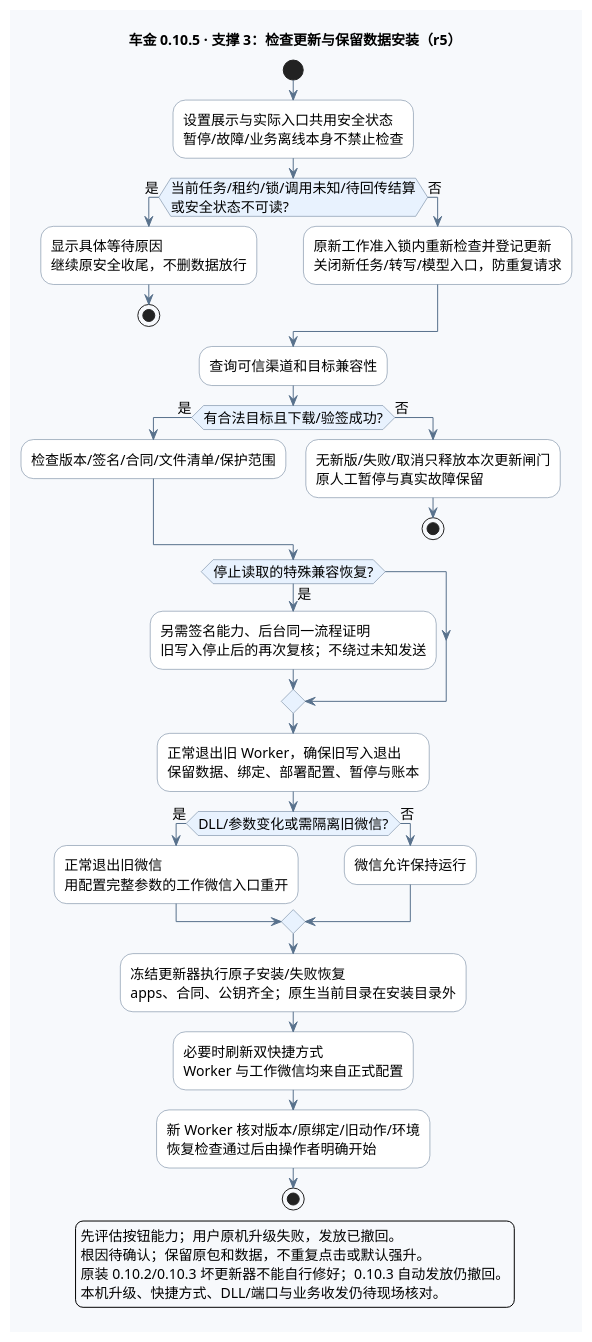
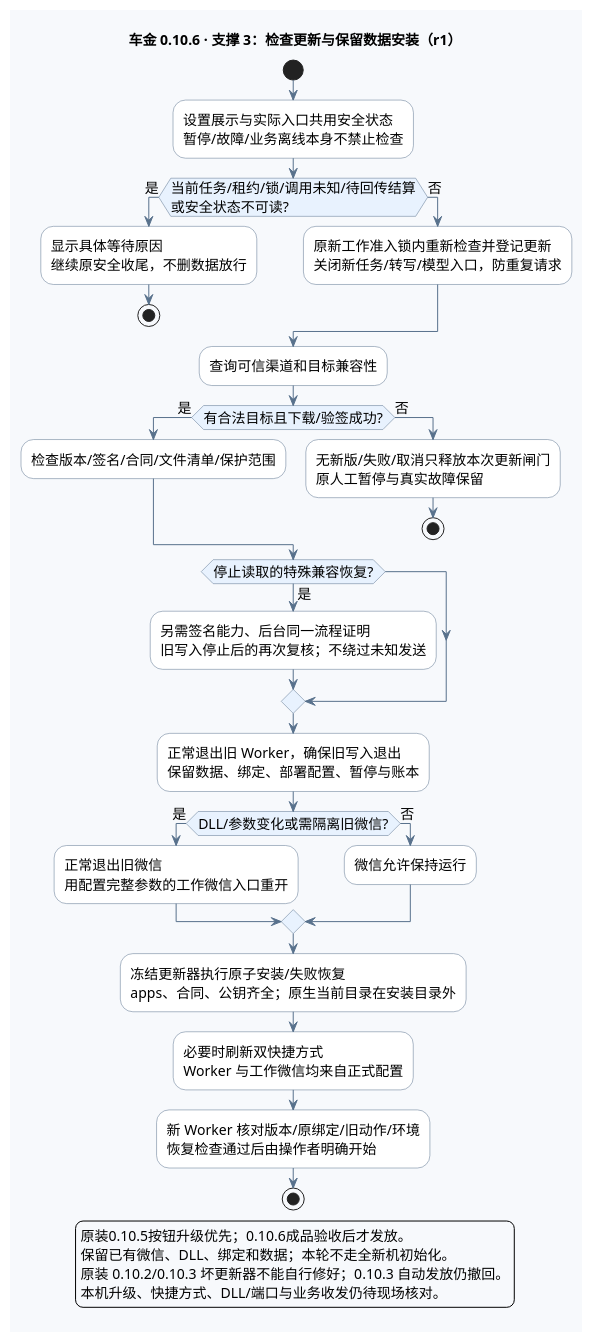
Before and after one commit to edwardzhang0304/chejin-ai-sales: the fourth of 4 diagrams in deliverables/AI智能客服售前跟进系统_全流程图_v0.10.6.puml, drawn with PlantUML. The commit also changed other lines of this file and 7 other files, not shown here.

```diff
--- a/deliverables/AI智能客服售前跟进系统_全流程图_v0.10.6.puml
+++ b/deliverables/AI智能客服售前跟进系统_全流程图_v0.10.6.puml
@@ -277,60 +277,60 @@
 @startuml update
 !pragma layout smetana
 skinparam defaultFontName "PingFang SC"
 skinparam defaultFontSize 14
 skinparam backgroundColor #F7F9FC
 skinparam shadowing false
 skinparam activityBackgroundColor #FFFFFF
 skinparam activityBorderColor #58718C
 skinparam activityDiamondBackgroundColor #E8F2FE
 skinparam activityDiamondBorderColor #58718C
 skinparam ArrowColor #58718C
 skinparam noteBackgroundColor #FFF4D9
 skinparam noteBorderColor #CDA556
-title 车金 0.10.5 · 支撑 3：检查更新与保留数据安装（r5）
+title 车金 0.10.6 · 支撑 3：检查更新与保留数据安装（r1）
 start
 :设置展示与实际入口共用安全状态
 暂停/故障/业务离线本身不禁止检查;
 if (当前任务/租约/锁/调用未知/待回传结算
 或安全状态不可读?) then (是)
   :显示具体等待原因
 继续原安全收尾，不删数据放行;
   stop
 else (否)
   :原新工作准入锁内重新检查并登记更新
 关闭新任务/转写/模型入口，防重复请求;
 endif
 :查询可信渠道和目标兼容性;
 if (有合法目标且下载/验签成功?) then (是)
   :检查版本/签名/合同/文件清单/保护范围;
 else (否)
   :无新版/失败/取消只释放本次更新闸门
 原人工暂停与真实故障保留;
   stop
 endif
 if (停止读取的特殊兼容恢复?) then (是)
   :另需签名能力、后台同一流程证明
 旧写入停止后的再次复核；不绕过未知发送;
 endif
 :正常退出旧 Worker，确保旧写入退出
 保留数据、绑定、部署配置、暂停与账本;
 if (DLL/参数变化或需隔离旧微信?) then (是)
   :正常退出旧微信
 用配置完整参数的工作微信入口重开;
 else (否)
   :微信允许保持运行;
 endif
 :冻结更新器执行原子安装/失败恢复
 apps、合同、公钥齐全；原生当前目录在安装目录外;
 :必要时刷新双快捷方式
 Worker 与工作微信均来自正式配置;
 :新 Worker 核对版本/原绑定/旧动作/环境
 恢复检查通过后由操作者明确开始;
 stop
 legend bottom
-先评估按钮能力；用户原机升级失败，发放已撤回。
-根因待确认；保留原包和数据，不重复点击或默认强升。
+原装0.10.5按钮升级优先；0.10.6成品验收后才发放。
+保留已有微信、DLL、绑定和数据；本轮不走全新机初始化。
 原装 0.10.2/0.10.3 坏更新器不能自行修好；0.10.3 自动发放仍撤回。
 本机升级、快捷方式、DLL/端口与业务收发仍待现场核对。
 endlegend
 @enduml
```
